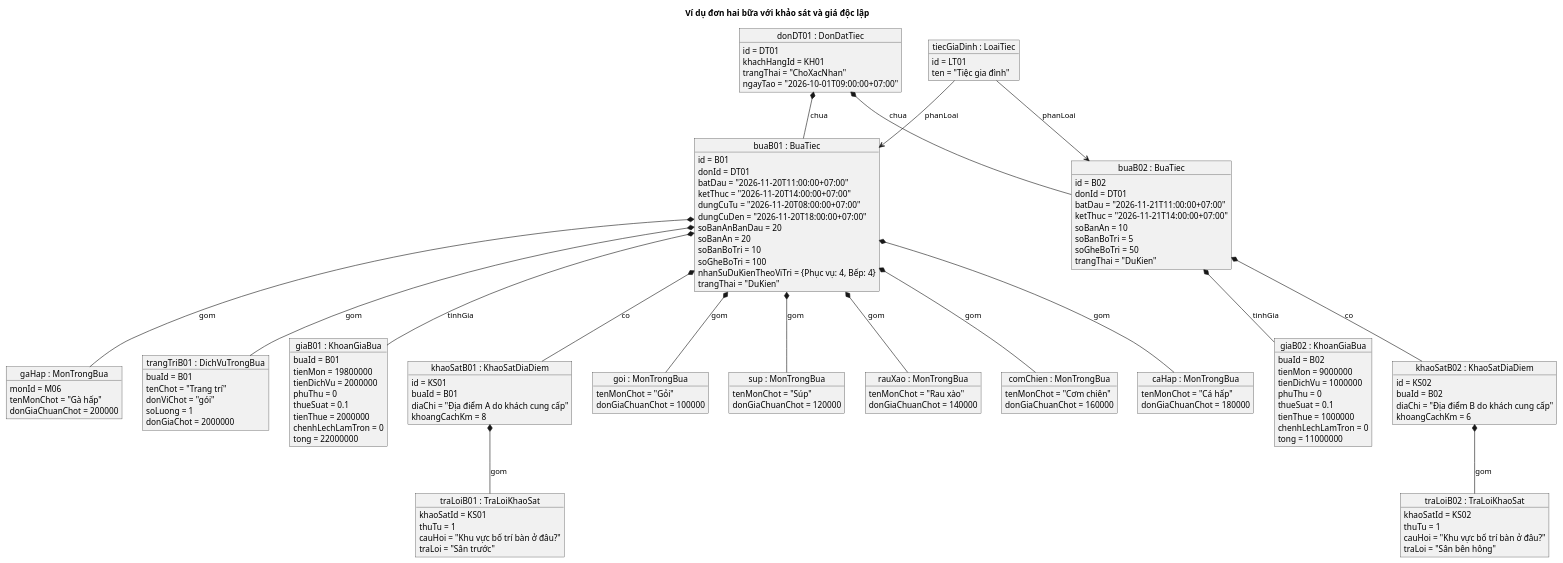
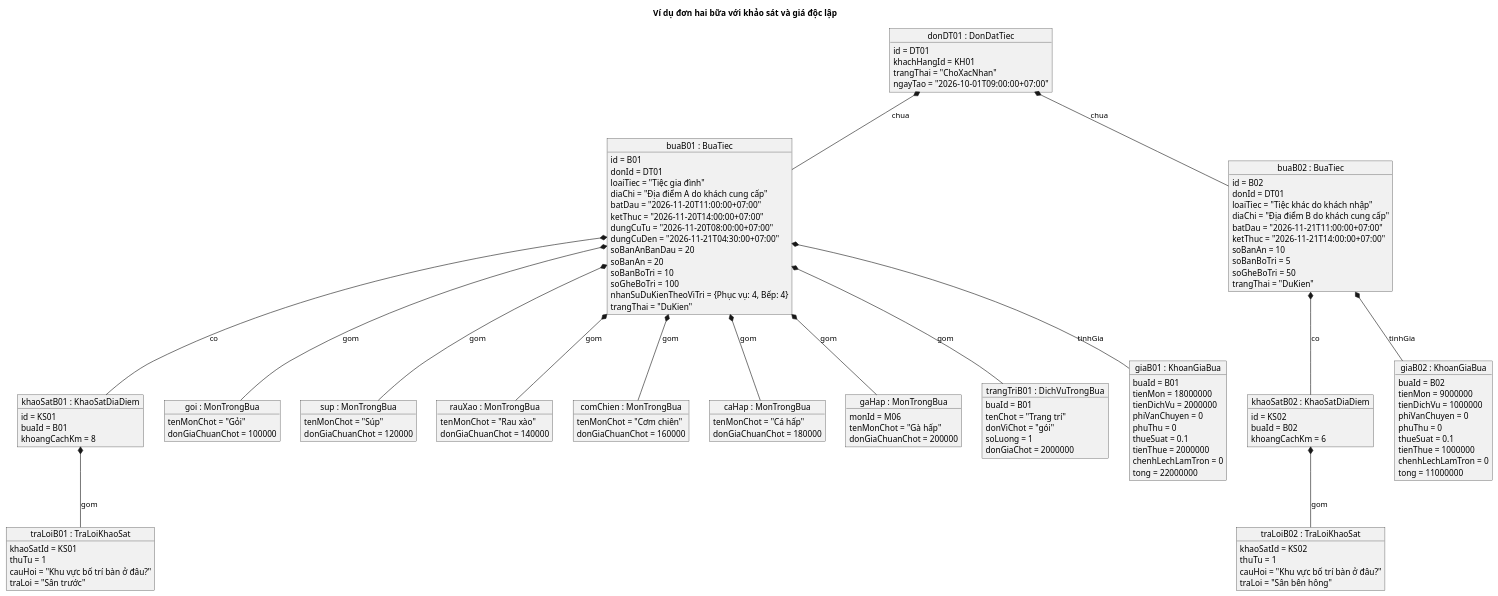
The fourth of 10 diagrams in docs/src/mo-hinh/mo-hinh-lop-class.md (mastercookvn/mastercookvn), drawn with PlantUML before and after one commit. The commit also changed other lines of this file and 23 other files, not shown here.

```diff
--- a/docs/src/mo-hinh/mo-hinh-lop-class.md
+++ b/docs/src/mo-hinh/mo-hinh-lop-class.md
@@ -970,17 +1003,15 @@
   trangThai = "ChoXacNhan"
   ngayTao = "2026-10-01T09:00:00+07:00"
 }
-object "tiecGiaDinh : LoaiTiec" as loai {
-  id = LT01
-  ten = "Tiệc gia đình"
-}
 object "buaB01 : BuaTiec" as bua1 {
   id = B01
   donId = DT01
+  loaiTiec = "Tiệc gia đình"
+  diaChi = "Địa điểm A do khách cung cấp"
   batDau = "2026-11-20T11:00:00+07:00"
   ketThuc = "2026-11-20T14:00:00+07:00"
   dungCuTu = "2026-11-20T08:00:00+07:00"
-  dungCuDen = "2026-11-20T18:00:00+07:00"
+  dungCuDen = "2026-11-21T04:30:00+07:00"
   soBanAnBanDau = 20
   soBanAn = 20
   soBanBoTri = 10
@@ -991,6 +1022,8 @@
 object "buaB02 : BuaTiec" as bua2 {
   id = B02
   donId = DT01
+  loaiTiec = "Tiệc khác do khách nhập"
+  diaChi = "Địa điểm B do khách cung cấp"
   batDau = "2026-11-21T11:00:00+07:00"
   ketThuc = "2026-11-21T14:00:00+07:00"
   soBanAn = 10
@@ -1001,13 +1034,11 @@
 object "khaoSatB01 : KhaoSatDiaDiem" as ks1 {
   id = KS01
   buaId = B01
-  diaChi = "Địa điểm A do khách cung cấp"
   khoangCachKm = 8
 }
 object "khaoSatB02 : KhaoSatDiaDiem" as ks2 {
   id = KS02
   buaId = B02
-  diaChi = "Địa điểm B do khách cung cấp"
   khoangCachKm = 6
 }
 object "traLoiB01 : TraLoiKhaoSat" as tl1 {
@@ -1056,8 +1087,9 @@
 }
 object "giaB01 : KhoanGiaBua" as gia1 {
   buaId = B01
-  tienMon = 19800000
+  tienMon = 18000000
   tienDichVu = 2000000
+  phiVanChuyen = 0
   phuThu = 0
   thueSuat = 0.1
   tienThue = 2000000
@@ -1068,6 +1100,7 @@
   buaId = B02
   tienMon = 9000000
   tienDichVu = 1000000
+  phiVanChuyen = 0
   phuThu = 0
   thueSuat = 0.1
   tienThue = 1000000
@@ -1076,8 +1109,6 @@
 }
 don *-- bua1 : chua
 don *-- bua2 : chua
-loai --> bua1 : phanLoai
-loai --> bua2 : phanLoai
 bua1 *-- ks1 : co
 bua2 *-- ks2 : co
 ks1 *-- tl1 : gom
```
